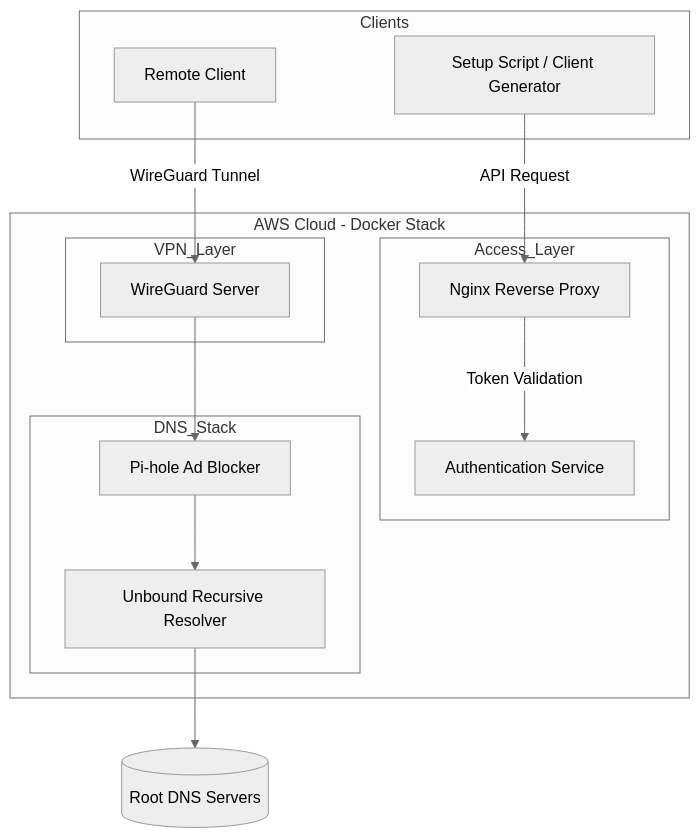
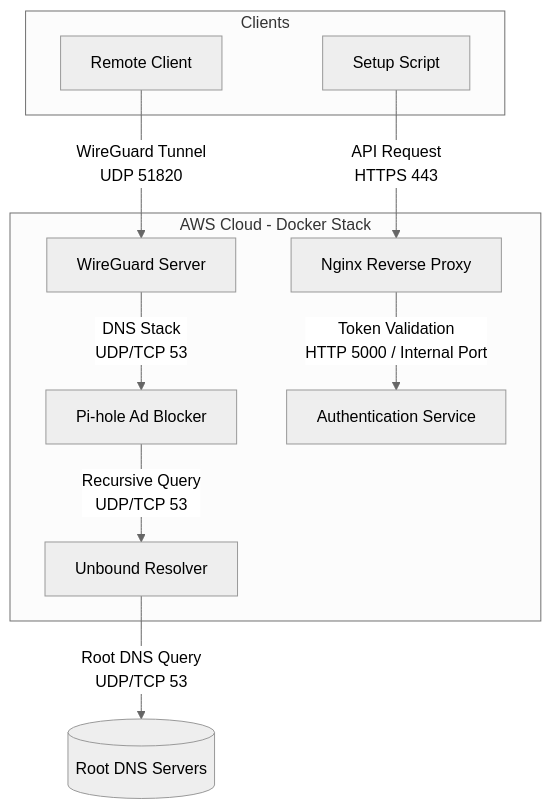
Before and after one commit to ElvinSuleymanov/automated-wireguard-stack: the diagram in README.md, drawn with Mermaid (neutral theme).

Commit message:
Readme file modified;

````diff
--- a/README.md
+++ b/README.md
@@ -1,34 +1,31 @@
 ```mermaid
 graph TD
 
 subgraph Clients
     RC[Remote Client]
-    SS[Setup Script / Client Generator]
+    SS[Setup Script]
 end
 
 subgraph AWS["AWS Cloud - Docker Stack"]
 
-    subgraph Access_Layer
-        RP[Nginx Reverse Proxy]
-        AS[Authentication Service]
-    end
+    WG[WireGuard Server]
 
-    subgraph VPN_Layer
-        WG[WireGuard Server]
-    end
+    PH[Pi-hole Ad Blocker]
 
-    subgraph DNS_Stack
-        PH[Pi-hole Ad Blocker]
-        UB[Unbound Recursive Resolver]
-    end
+    UB[Unbound Resolver]
+
+    RP[Nginx Reverse Proxy]
+
+    AS[Authentication Service]
 
 end
 
-RC -->|WireGuard Tunnel| WG
-SS -->|API Request| RP
-RP -->|Token Validation| AS
+RC -->|WireGuard Tunnel<br/>UDP 51820| WG
+WG -->|DNS Stack<br/>UDP/TCP 53| PH
+PH -->|Recursive Query<br/>UDP/TCP 53| UB
 
-WG --> PH
-PH --> UB
-UB --> ROOT[(Root DNS Servers)]
+SS -->|API Request<br/>HTTPS 443| RP
+RP -->|Token Validation<br/>HTTP 5000 / Internal Port| AS
+
+UB -->|Root DNS Query<br/>UDP/TCP 53| ROOT[(Root DNS Servers)]
 ```
````
